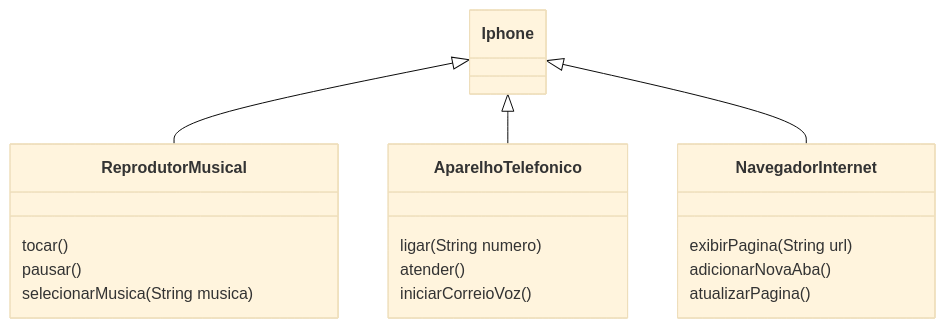
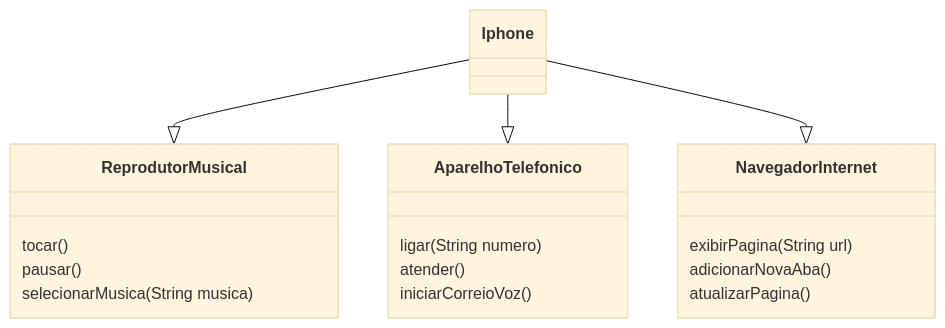
One commit to Lucas-Alexandre62/Diagrama-de-classes-Iphone changed the diagram in README.md. Above: the diagram before and after it, drawn with Mermaid (base theme).

````diff
--- a/README.md
+++ b/README.md
@@ -4,31 +4,31 @@
 ```mermaid
 classDiagram
 
     class AparelhoTelefonico {
 	    ligar(String numero)
 	    atender()
         iniciarCorreioVoz()
     }
 
     class NavegadorInternet {
 	    exibirPagina(String url)
 	    adicionarNovaAba()
         atualizarPagina()
     }
 
     class Iphone {
     }
 
     class ReprodutorMusical {
 	    tocar()
 	    pausar()
 	    selecionarMusica(String musica)
     }
 
 	Iphone
 
-    Iphone <|-- ReprodutorMusical
-    Iphone <|-- AparelhoTelefonico
-    Iphone <|-- NavegadorInternet
+    Iphone --|> ReprodutorMusical
+    Iphone --|> AparelhoTelefonico
+    Iphone --|> NavegadorInternet
 
 ```
````
